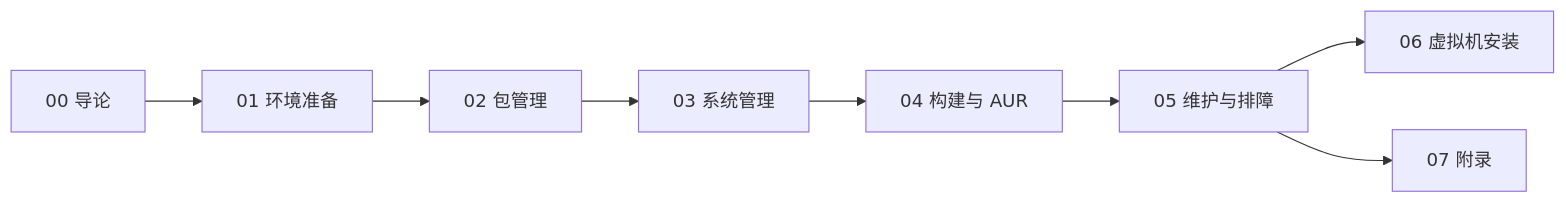
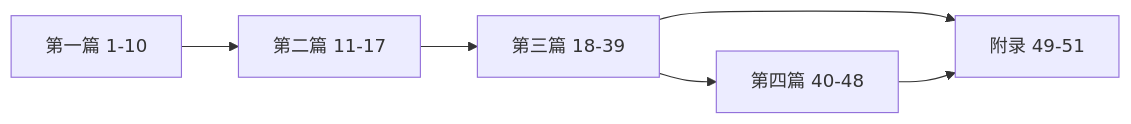
One commit to yuan21c/learn_arch changed the diagram in README.md. Above: the diagram before and after it, drawn with Mermaid. The commit also changed other lines of this file and 1 other file, not shown here.

````diff
--- a/README.md
+++ b/README.md
@@ -57,10 +47,8 @@
 ```mermaid
 flowchart LR
-  A[00 导论] --> B[01 环境准备]
-  B --> C[02 包管理]
-  C --> D[03 系统管理]
-  D --> E[04 构建与 AUR]
-  E --> F[05 维护与排障]
-  F --> G[06 虚拟机安装]
-  F --> H[07 附录]
+  A[第一篇 1-10] --> B[第二篇 11-17]
+  B --> C[第三篇 18-39]
+  C --> D[第四篇 40-48]
+  C --> E[附录 49-51]
+  D --> E
 ```
````
